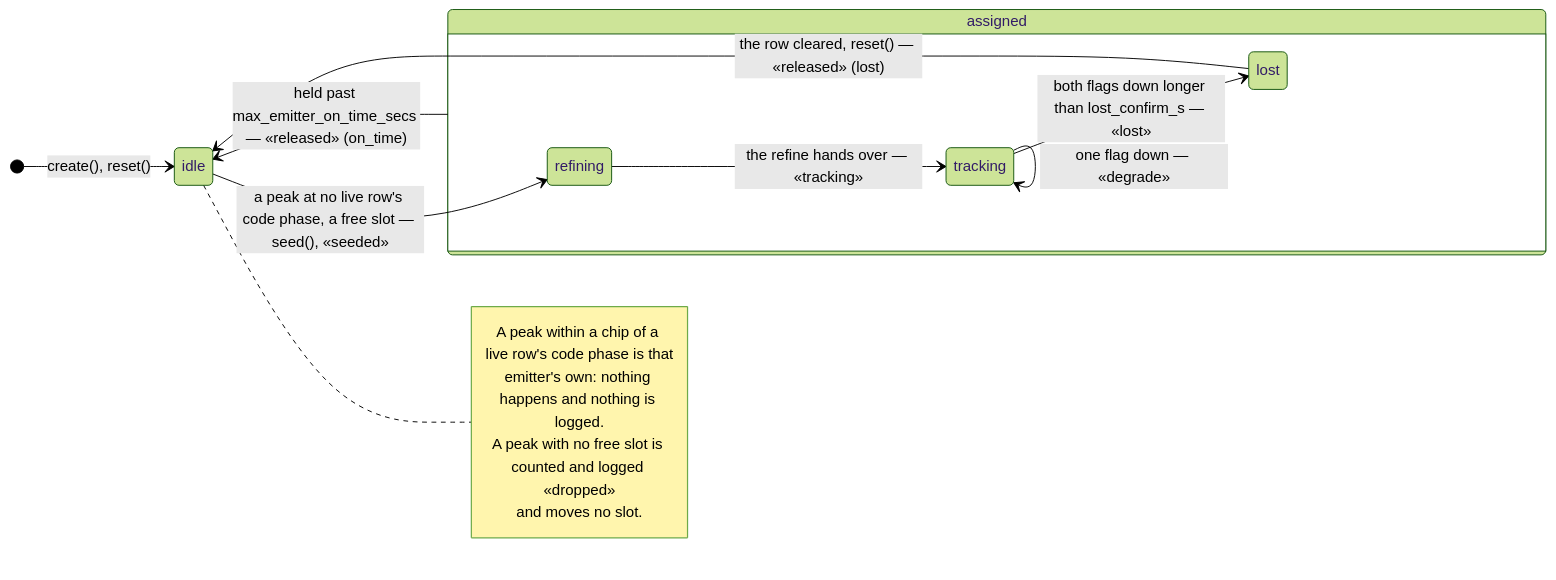
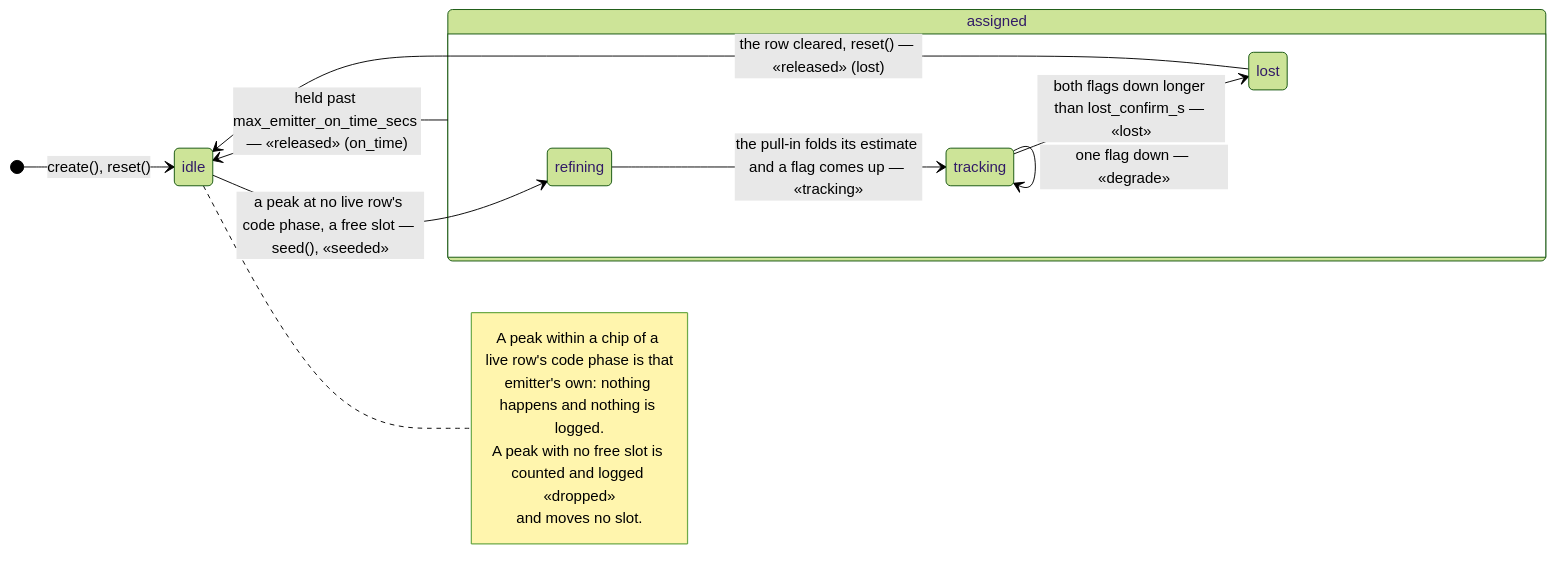
Before and after one commit to doppler-dsp/doppler: the third of 3 diagrams in docs/design/async-dsss-receiver.md, drawn with Mermaid (forest theme). The commit also changed other lines of this file and 54 other files, not shown here.

````diff
--- a/docs/design/async-dsss-receiver.md
+++ b/docs/design/async-dsss-receiver.md
@@ -1616,19 +1617,19 @@
 ```mermaid
 stateDiagram-v2
     direction LR
     [*] --> idle : create(), reset()
     idle --> refining : a peak at no live row's code phase, a free slot — seed(), «seeded»
     state assigned {
-        refining --> tracking : the refine hands over — «tracking»
+        refining --> tracking : the pull-in folds its estimate and a flag comes up — «tracking»
         tracking --> tracking : one flag down — «degrade»
         tracking --> lost : both flags down longer than lost_confirm_s — «lost»
     }
     lost --> idle : the row cleared, reset() — «released» (lost)
     assigned --> idle : held past max_emitter_on_time_secs — «released» (on_time)
     note right of idle
         A peak within a chip of a live row's code phase is that
         emitter's own: nothing happens and nothing is logged.
         A peak with no free slot is counted and logged «dropped»
         and moves no slot.
     end note
 ```
````
